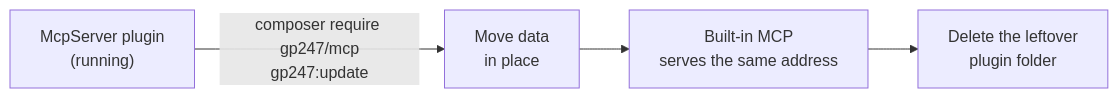
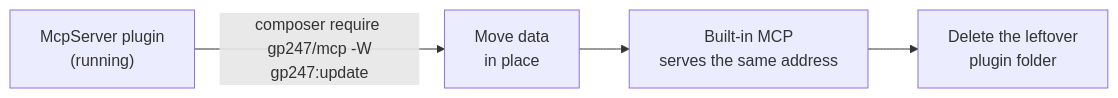
The second of 2 diagrams in mcp/mcp-administration.md (gp247net/gp247-docs), drawn with Mermaid before and after one commit. The commit also changed other lines of this file and 20 other files, not shown here.

First line of the commit message:
docs(release): S-Cart 3.5.0 — built-in MCP server; composer require gp247/mcp -W

````diff
--- a/mcp/mcp-administration.md
+++ b/mcp/mcp-administration.md
@@ -110,6 +110,6 @@
 ```mermaid
 flowchart LR
-    P["McpServer plugin<br/>(running)"] -->|"composer require gp247/mcp<br/>gp247:update"| M["Move data<br/>in place"]
+    P["McpServer plugin<br/>(running)"] -->|"composer require gp247/mcp -W<br/>gp247:update"| M["Move data<br/>in place"]
     M --> N["Built-in MCP<br/>serves the same address"]
     N --> D["Delete the leftover<br/>plugin folder"]
 ```
````
